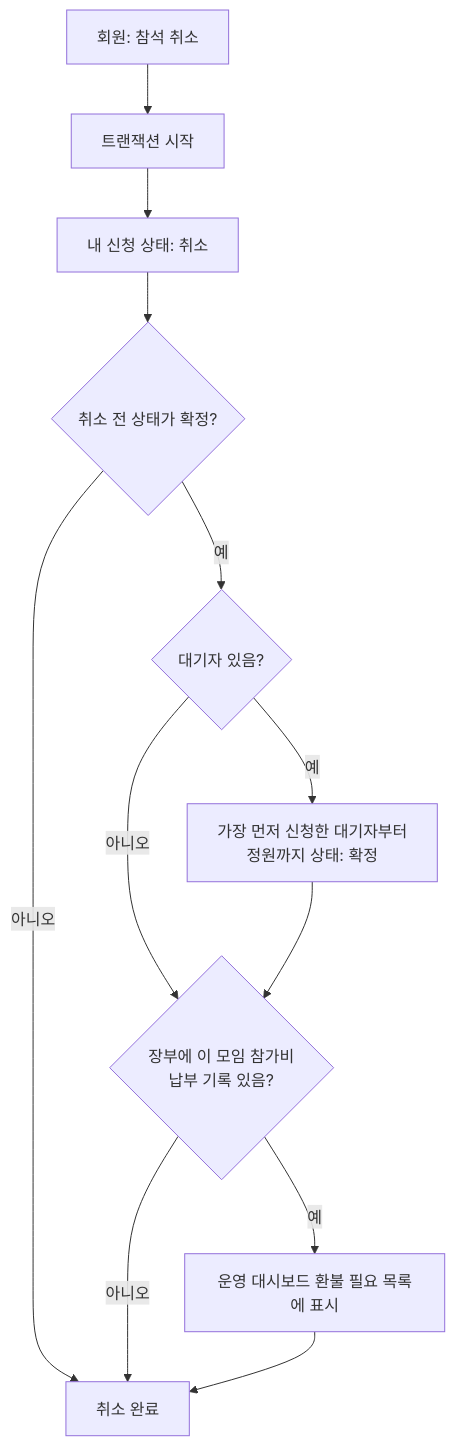
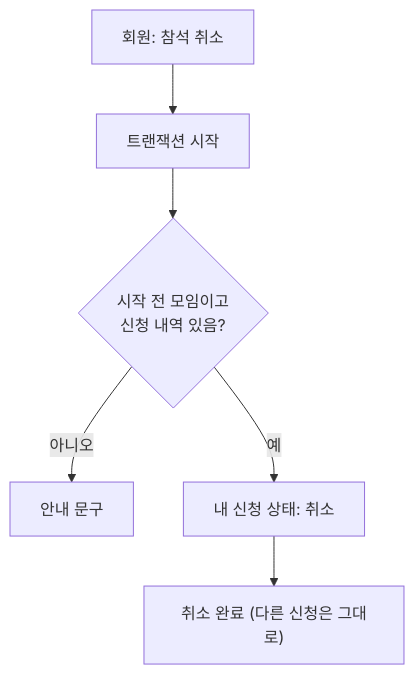
One commit to keepmind7/AI_Club_Web changed the fifth of 14 diagrams in 동작 흐름.md. Above: the diagram before and after it, drawn with Mermaid. The commit also changed other lines of this file and 33 other files, not shown here.

````diff
--- a/동작 흐름.md
+++ b/동작 흐름.md
@@ -94,14 +92,8 @@
 ```mermaid
 flowchart TD
     A["회원: 참석 취소"] --> T["트랜잭션 시작"]
-    T --> B["내 신청 상태: 취소"]
-    B --> C{"취소 전 상태가 확정?"}
-    C -- 아니오 --> Z["취소 완료"]
-    C -- 예 --> G{"대기자 있음?"}
-    G -- 아니오 --> R
-    G -- 예 --> H["가장 먼저 신청한 대기자부터<br/>정원까지 상태: 확정"]
-    H --> R{"장부에 이 모임 참가비<br/>납부 기록 있음?"}
-    R -- 예 --> S["운영 대시보드 환불 필요 목록에 표시"]
-    R -- 아니오 --> Z
-    S --> Z
+    T --> C{"시작 전 모임이고<br/>신청 내역 있음?"}
+    C -- 아니오 --> N["안내 문구"]
+    C -- 예 --> B["내 신청 상태: 취소"]
+    B --> Z["취소 완료 (다른 신청은 그대로)"]
 ```
````
